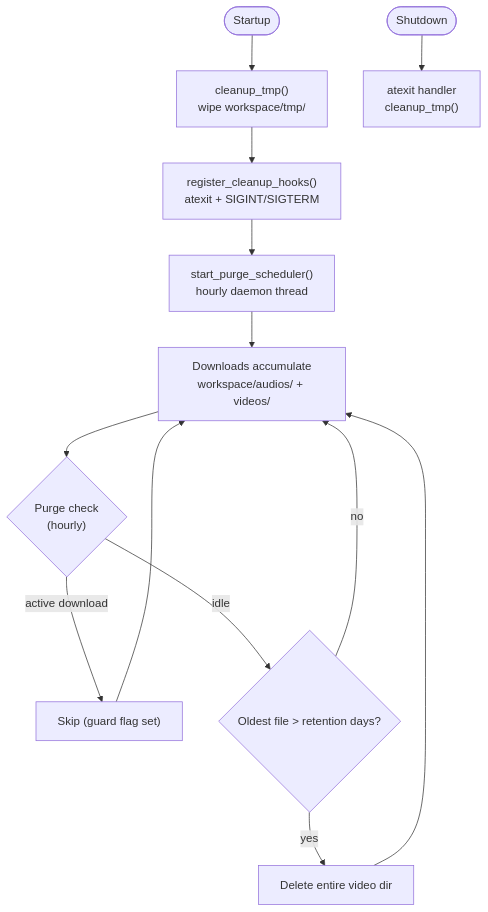
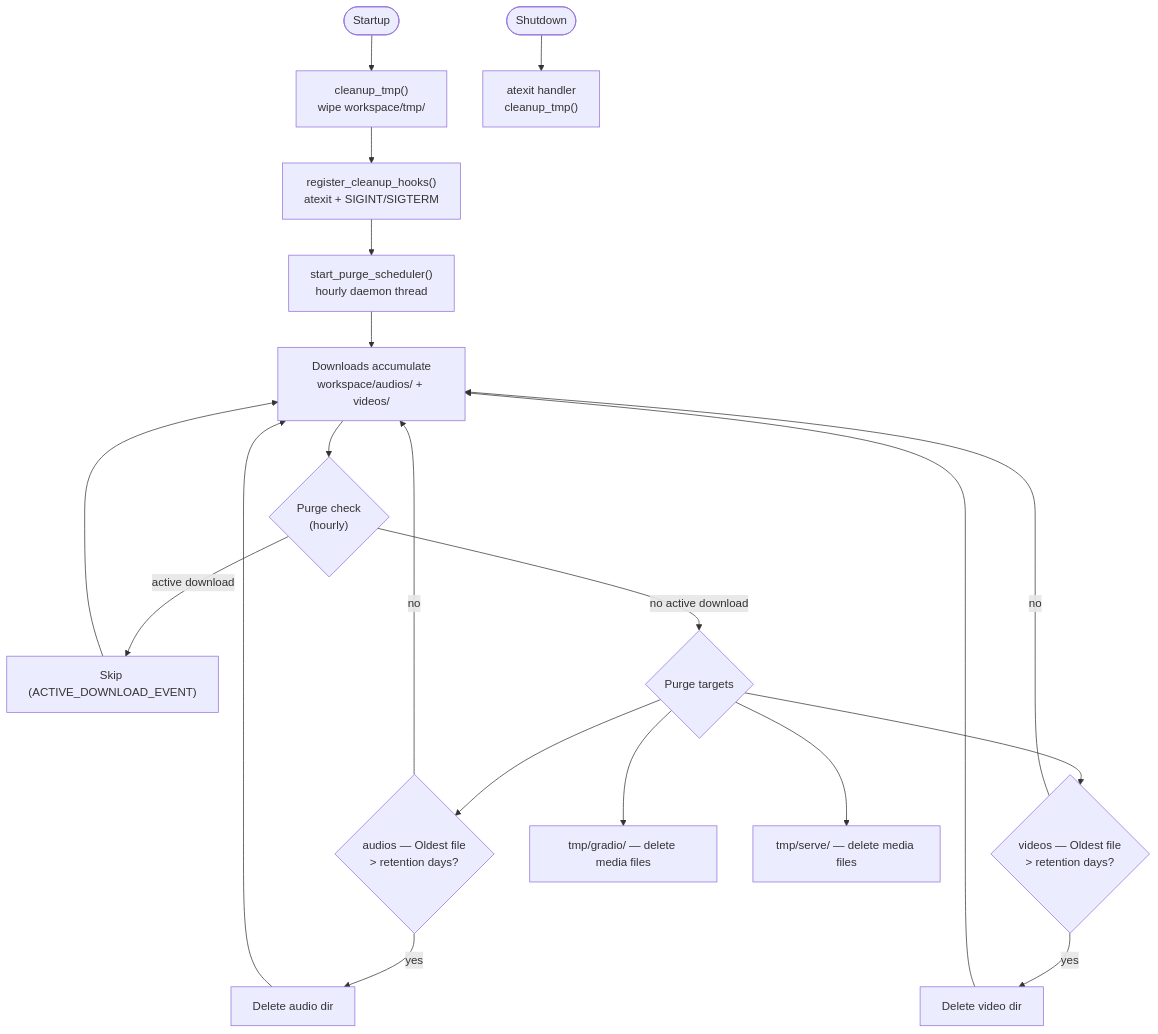
The fourth of 7 diagrams in docs/WORKFLOWS.md (dimaskiddo/yt-dl), drawn with Mermaid before and after one commit. The commit also changed other lines of this file and 13 other files, not shown here.

Commit message:
fix: video download loop via finalize output guard, scope tmp purge to gradio/serve only

````diff
--- a/docs/WORKFLOWS.md
+++ b/docs/WORKFLOWS.md
@@ -133,17 +138,24 @@
 ```mermaid
 flowchart TD
     Startup(["Startup"]) --> CleanupTemp["cleanup_tmp()<br/>wipe workspace/tmp/"]
     CleanupTemp --> Hooks["register_cleanup_hooks()<br/>atexit + SIGINT/SIGTERM"]
     Hooks --> Scheduler["start_purge_scheduler()<br/>hourly daemon thread"]
 
     Scheduler --> Active["Downloads accumulate<br/>workspace/audios/ + videos/"]
     Active --> Purge{"Purge check<br/>(hourly)"}
-    Purge -- "active download" --> Skip["Skip (guard flag set)"]
+    Purge -- "active download" --> Skip["Skip (ACTIVE_DOWNLOAD_EVENT)"]
     Skip --> Active
-    Purge -- "idle" --> CheckAge{"Oldest file > retention days?"}
-    CheckAge -- "yes" --> Delete["Delete entire video dir"]
-    CheckAge -- "no" --> Active
-    Delete --> Active
+    Purge -- "no active download" --> Targets{"Purge targets"}
+    Targets --> CheckAgeAud{"audios — Oldest file<br/>> retention days?"}
+    Targets --> CheckAgeVid{"videos — Oldest file<br/>> retention days?"}
+    Targets --> PurgeGradio["tmp/gradio/ — delete media files"]
+    Targets --> PurgeServe["tmp/serve/ — delete media files"]
+    CheckAgeAud -- "yes" --> DeleteAudio["Delete audio dir"]
+    CheckAgeVid -- "yes" --> DeleteVideo["Delete video dir"]
+    CheckAgeAud -- "no" --> Active
+    CheckAgeVid -- "no" --> Active
+    DeleteAudio --> Active
+    DeleteVideo --> Active
 
     Shutdown(["Shutdown"]) --> FinalCleanup["atexit handler<br/>cleanup_tmp()"]
 ```
````
